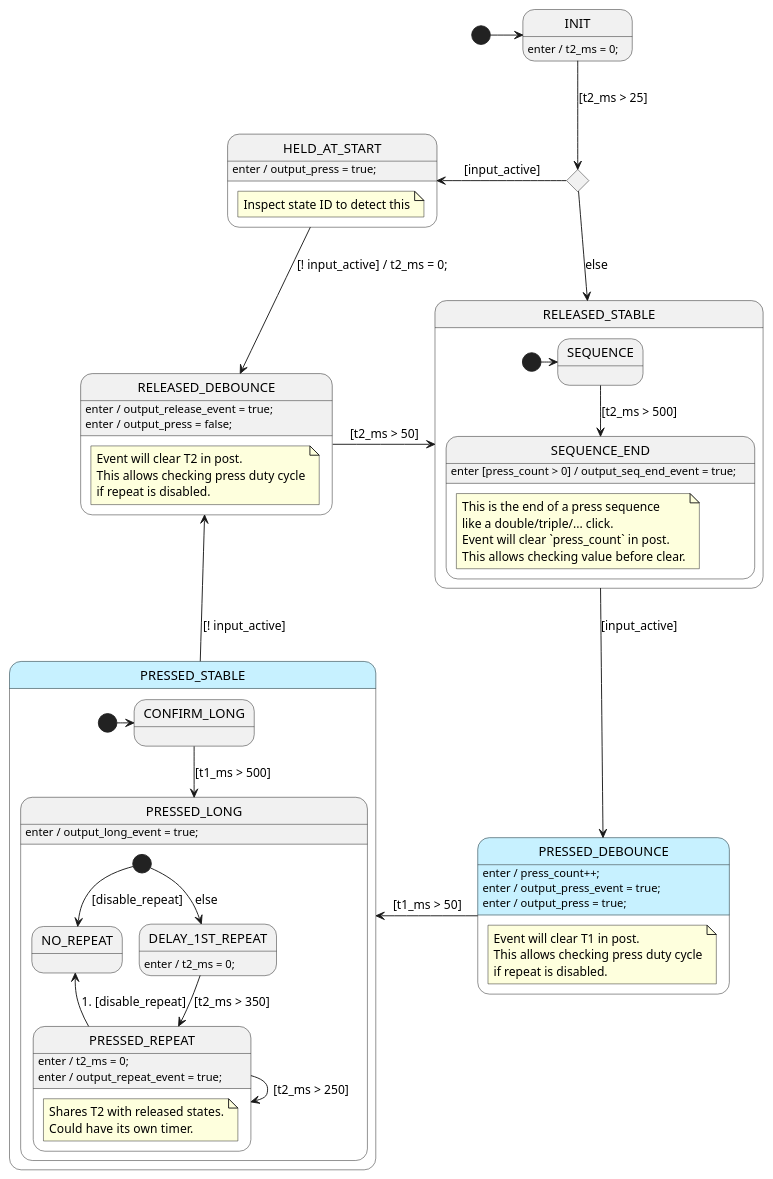
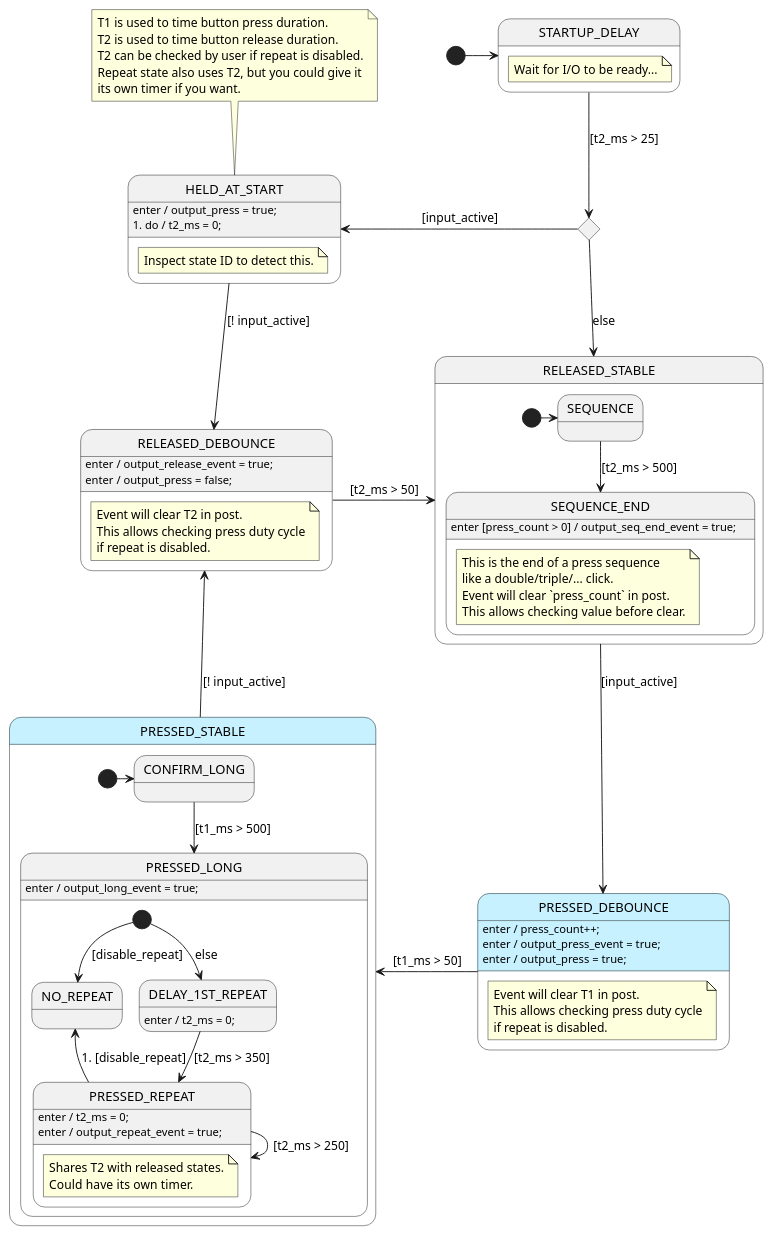
The diagram in src/bb2/bb2-c/BeButton2Sm.plantuml (adamfk/bespoke-button), drawn with PlantUML before and after one commit. The commit also changed 8 other files, not shown here.

```diff
--- a/src/bb2/bb2-c/BeButton2Sm.plantuml
+++ b/src/bb2/bb2-c/BeButton2Sm.plantuml
@@ -1,158 +1,172 @@
 @startuml BeButton2Sm
 
 ' /////////////////////////// Styles ////////////////////////////////
 ' Define some colors for the states. Totally optional.
 skinparam state {
     ' pressed style:
     BackgroundColor<<press_style>> #c7f1ff
 }
 
 ' //////////////////////// STATE ORGANIZATION ///////////////////////
 ' Note: StateSmith treats state names and events as case insensitive.
 ' More info: https://github.com/StateSmith/StateSmith/wiki/PlantUML
 
-state INIT
+state STARTUP_DELAY  {
+    note "Wait for I/O to be ready..." as N1
+}
 state INIT_CHOICE<<choice>>
 
 state HELD_AT_START {
-    note "Inspect state ID to detect this" as N1
+    note "Inspect state ID to detect this." as N1
 }
+
+note top of HELD_AT_START
+    T1 is used to time button press duration.
+    T2 is used to time button release duration.
+    T2 can be checked by user if repeat is disabled.
+    Repeat state also uses T2, but you could give it
+    its own timer if you want.
+end note
 
 state RELEASED_DEBOUNCE {
     note "Event will clear T2 in post.\nThis allows checking press duty cycle\nif repeat is disabled." as N1
 }
 state RELEASED_STABLE {
     state SEQUENCE
     state SEQUENCE_END  {
         note "This is the end of a press sequence\nlike a double/triple/... click.\nEvent will clear `press_count` in post.\nThis allows checking value before clear." as N1
     }
     [*] -> SEQUENCE
 }
 
 state PRESSED_DEBOUNCE <<press_style>> {
     note "Event will clear T1 in post.\nThis allows checking press duty cycle\nif repeat is disabled." as N1
 }
 state PRESSED_STABLE <<press_style>> {
     [*] -> CONFIRM_LONG
     state CONFIRM_LONG
     state PRESSED_LONG {
         state NO_REPEAT
         state DELAY_1ST_REPEAT
         state PRESSED_REPEAT {
             note "Shares T2 with released states.\nCould have its own timer." as N1
         }
         [*] --> DELAY_1ST_REPEAT: else
         [*] --> NO_REPEAT: [disable_repeat]
     }
 }
 
 
-[*] -> INIT
+[*] -> STARTUP_DELAY
 
 
 
 ' ///////////////////////// STATE HANDLERS /////////////////////////
 ' Syntax: https://github.com/StateSmith/StateSmith/wiki/Behaviors
 
-INIT: enter / t2_ms = 0;
-INIT -down-> INIT_CHOICE: [t2_ms > 25]
+STARTUP_DELAY -down-> INIT_CHOICE: [t2_ms > 25]
 
 INIT_CHOICE -left-> HELD_AT_START: [input_active]
 INIT_CHOICE --> RELEASED_STABLE: else
 
 HELD_AT_START: enter / output_press = true;
-HELD_AT_START --> RELEASED_DEBOUNCE: [! input_active] / t2_ms = 0;
+HELD_AT_START: 1. do / t2_ms = 0;
+HELD_AT_START --> RELEASED_DEBOUNCE: [! input_active]
 
 ' Wait for debounce time and then go to stable state.
 RELEASED_DEBOUNCE: enter / output_release_event = true;
 RELEASED_DEBOUNCE: enter / output_press = false;
 RELEASED_DEBOUNCE -right-> RELEASED_STABLE: [t2_ms > 50]
 
 ' Button is released. Wait for button press.
 RELEASED_STABLE -down-> PRESSED_DEBOUNCE: [input_active]
 
 SEQUENCE --> SEQUENCE_END: [t2_ms > 500]
 
 SEQUENCE_END: enter [press_count > 0] / output_seq_end_event = true;
 
 
 ' Wait for debounce time and then go to stable state.
 PRESSED_DEBOUNCE: enter / press_count++;
 PRESSED_DEBOUNCE: enter / output_press_event = true;
 PRESSED_DEBOUNCE: enter / output_press = true;
 PRESSED_DEBOUNCE -left-> PRESSED_STABLE: [t1_ms > 50]
 
 ' Button is pressed. Wait for button release.
 PRESSED_STABLE -up-> RELEASED_DEBOUNCE: [! input_active]
 
 ' Button is still pressed. Wait for long press time.
 CONFIRM_LONG --> PRESSED_LONG: [t1_ms > 500]
 
 ' Button has been pressed for a long time.
 ' Transition to repeat state if button remains pressed long enough.
 PRESSED_LONG: enter / output_long_event = true;
 
 DELAY_1ST_REPEAT: enter / t2_ms = 0;
 DELAY_1ST_REPEAT --> PRESSED_REPEAT: [t2_ms > 350]
 
 ' Keep setting the button repeat event every 250 ms.
 PRESSED_REPEAT: enter / t2_ms = 0;
 PRESSED_REPEAT: enter / output_repeat_event = true;
 PRESSED_REPEAT --> PRESSED_REPEAT: [t2_ms > 250]
 PRESSED_REPEAT -up-> NO_REPEAT: 1. [disable_repeat]
 
 
 ' //////////////////////// StateSmith config ////////////////////////
 ' The below special comment block sets the StateSmith configuration.
 ' More info: https://github.com/StateSmith/StateSmith/issues/335
 
 /'! $CONFIG : toml
 SmRunnerSettings.transpilerId = "C99"
 
 RenderConfig.C.HFileIncludes = """
-    #include <stdint.h> // for fixed width integer state machine variables below
+    // Let other compilers ignore gcc specific attributes.
+    // You can also disable GCC packed attributes by removing StateSmith setting `RenderConfig.C.CEnumDeclarer`.
+    #if !defined(__GNUC__) && !defined(__clang__)
+    #define __attribute__(x) /* nothing */
+    #endif
     """
 RenderConfig.AutoExpandedVars = """
     //////////////////////////////////////////
     // INPUTS
     //////////////////////////////////////////
 
     // you need to add your loop time to this variable in your main loop.
     // max time is 65535 ms.
     uint16_t t1_ms;
 
     // you need to add your loop time to this variable in your main loop.
     // max time is 65535 ms.
     uint16_t t2_ms;
 
     // set to 1 when button is detected as active.
     uint8_t input_active: 1;
 
     // set to 1 to disable repeat events.
     // the repeat state uses t2
     uint8_t disable_repeat: 1;
 
     //////////////////////////////////////////
     // OUTPUTS
     //////////////////////////////////////////
 
     // read and clear event flags in your main loop.
     uint8_t output_release_event: 1;
     uint8_t output_press_event: 1;
     uint8_t output_long_event: 1;
     uint8_t output_repeat_event: 1;
     uint8_t output_seq_end_event: 1;
 
     // read these flags in your main loop, but don't clear them.
     // they are cleared automatically.
     uint8_t output_press: 1;
 
     uint8_t press_count;
 
     """
 
 # Uncomment the below line to potentially save a byte or two of RAM per state machine
 # by telling GCC to use the smallest enumeration integer type possible.
 RenderConfig.C.CEnumDeclarer = "typedef enum __attribute__((packed)) {enumName}"
 '/
 @enduml
```
